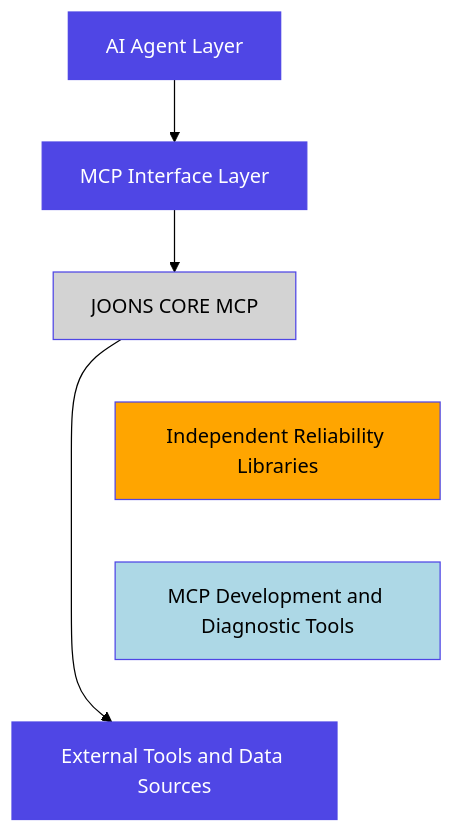
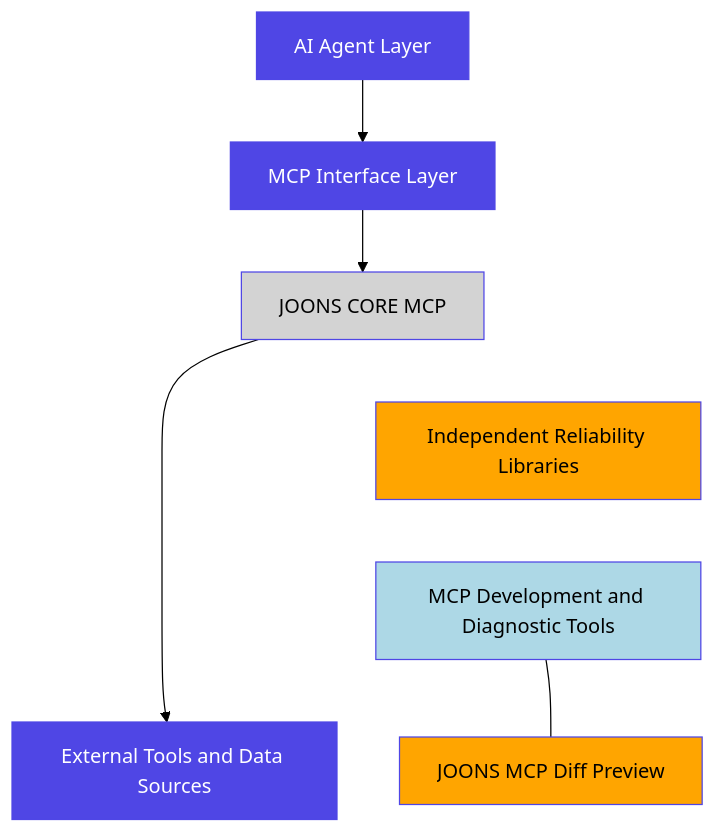
Before and after one commit to dbdefault/joons-ecosystem: the first of 3 diagrams in docs/ARCHITECTURE.md, drawn with Mermaid (forest theme). The commit also changed other lines of this file and 6 other files, not shown here.

Commit message:
Docs: add JOONS MCP Diff v0.1.0 Preview

````diff
--- a/docs/ARCHITECTURE.md
+++ b/docs/ARCHITECTURE.md
@@ -14,21 +14,24 @@
 ```mermaid
 flowchart TD
     A["AI Agent Layer"]
     B["MCP Interface Layer"]
     C["JOONS CORE MCP"]
     D["Independent Reliability Libraries"]
     E["MCP Development and Diagnostic Tools"]
+    Diff["JOONS MCP Diff Preview"]
     F["External Tools and Data Sources"]
     A --> B --> C --> F
     D ~~~ E
     C ~~~ D
     E ~~~ F
+    E --- Diff
     classDef interface fill:#4F46E5,stroke:#4F46E5,color:#fff
     classDef private fill:#d3d3d3,stroke:#4F46E5,color:#000
     classDef preview fill:#ffa500,stroke:#4F46E5,color:#000
     classDef mixed fill:#add8e6,stroke:#4F46E5,color:#000
     class A,B,F interface
     class C private
     class D preview
     class E mixed
+    class Diff preview
 ```
````
